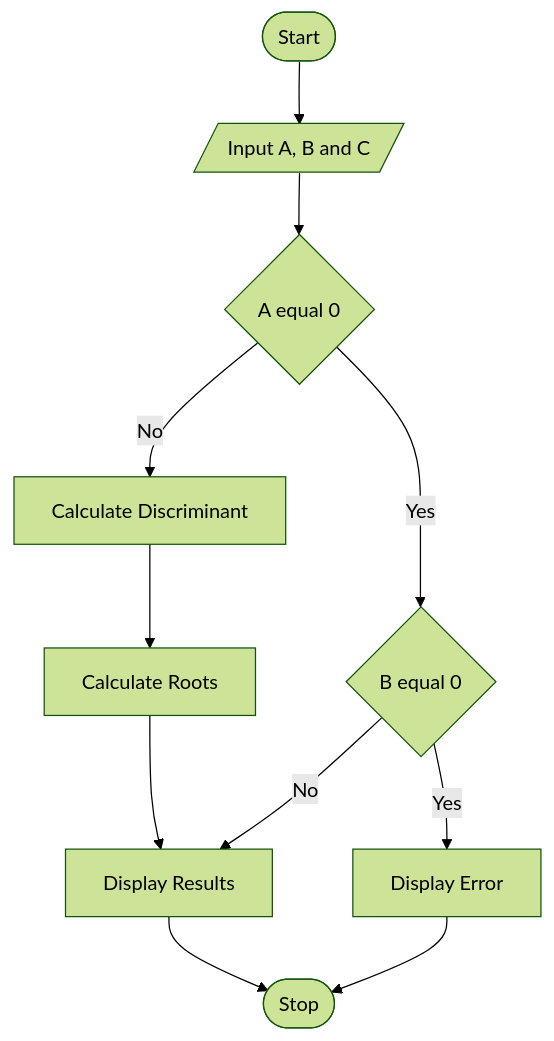
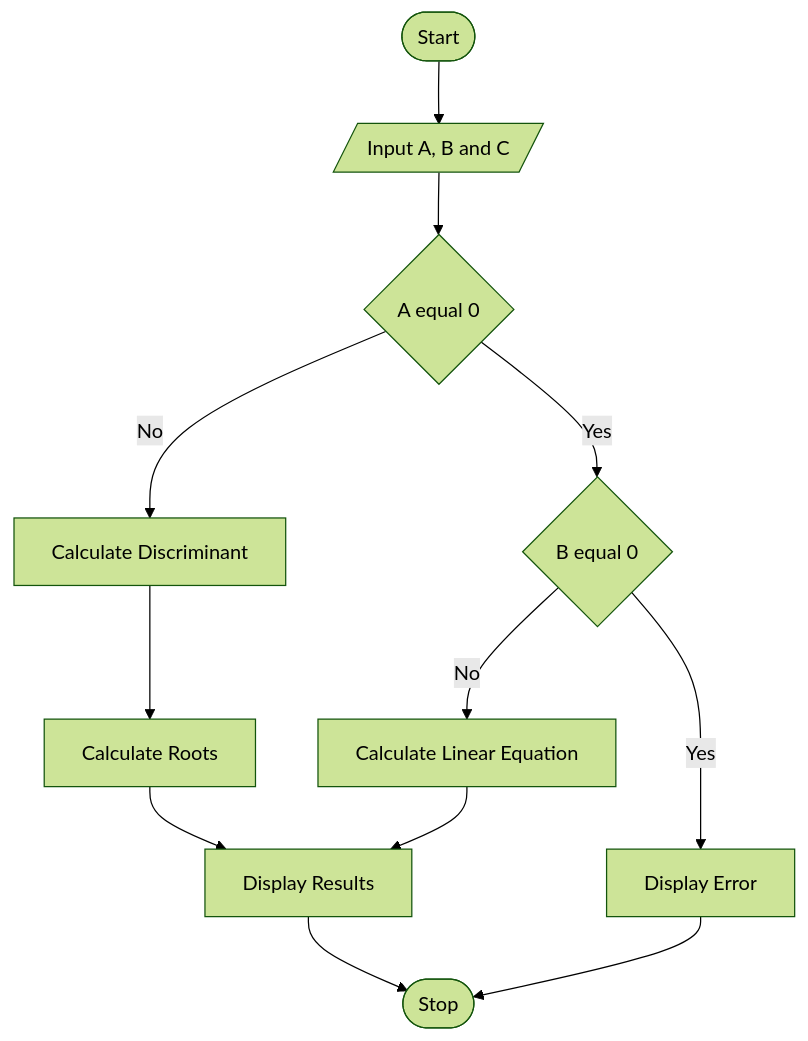
Before and after one commit to jumpogpo/KMITL-CS-28: the diagram in Year2/Analysis_and_Desgin_of_Algorithms_6236/Lab1/flowchart.md, drawn with Mermaid (forest theme). The commit also changed 1 other file, not shown here.

````diff
--- a/Year2/Analysis_and_Desgin_of_Algorithms_6236/Lab1/flowchart.md
+++ b/Year2/Analysis_and_Desgin_of_Algorithms_6236/Lab1/flowchart.md
@@ -1,12 +1,13 @@
 ```mermaid
 graph TD
   A([Start]) --> B(Get Coefficients)
   B[/Input A, B and C/] --> C{A equal 0}
   C -- No --> D[Calculate Discriminant]
   D --> E[Calculate Roots]
-  E --> F[Display Results] --> I
+  E --> F[Display Results] --> J
   C -- Yes --> G{B equal 0}
-  G -- Yes --> H[Display Error] --> I
-  G -- No --> F
-  I([Stop])
+  G -- Yes --> H[Display Error] --> J
+  G -- No --> I
+  I[Calculate Linear Equation] --> F
+  J([Stop])
 ```
````
